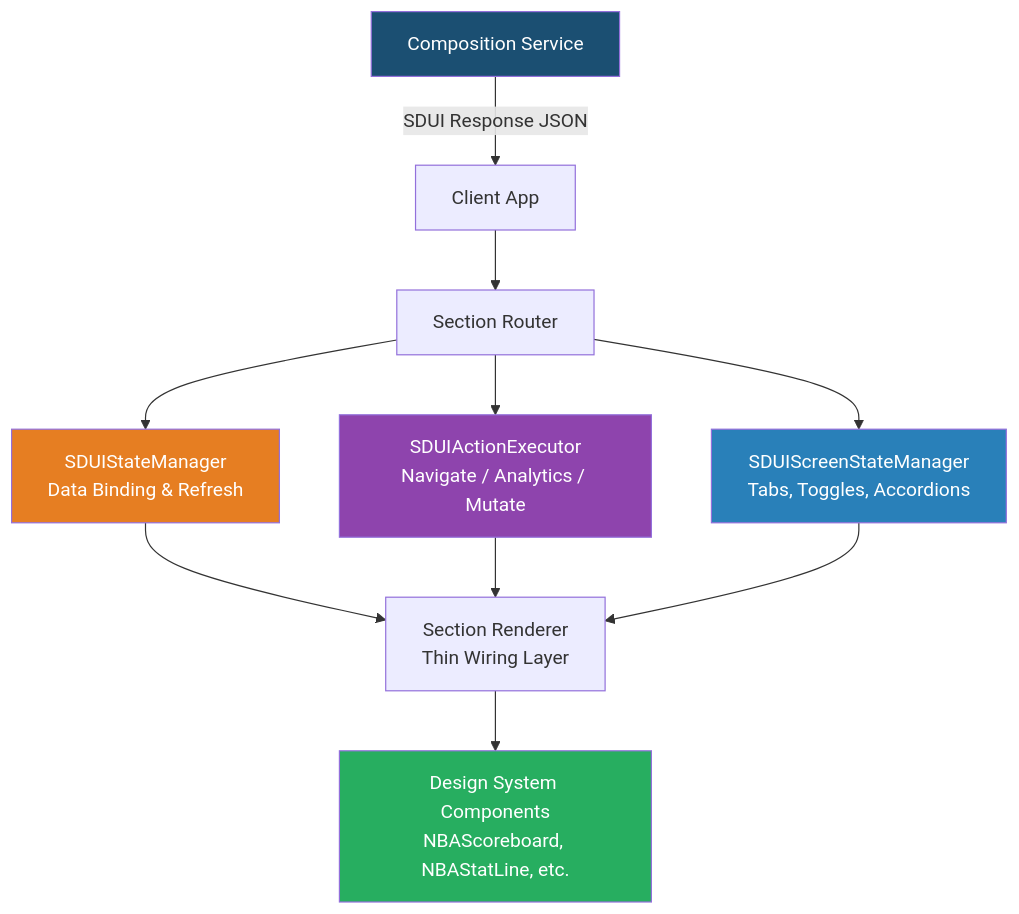
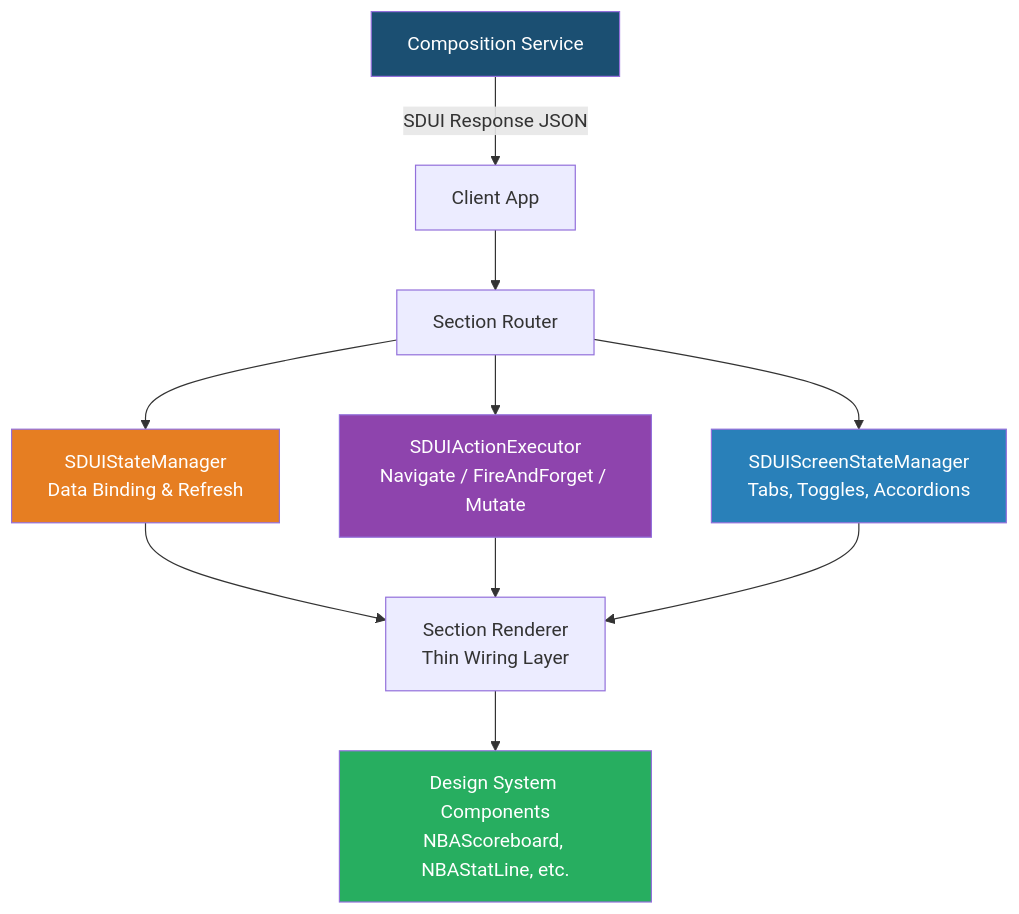
One commit to bakburner/sdui-learn changed the first of 12 diagrams in docs/sdui-requirements-summary.md. Above: the diagram before and after it, drawn with Mermaid. The commit also changed other lines of this file and 26 other files, not shown here.

````diff
--- a/docs/sdui-requirements-summary.md
+++ b/docs/sdui-requirements-summary.md
@@ -106,18 +106,18 @@
 ```mermaid
 graph TD
     A[Composition Service] -->|SDUI Response JSON| B[Client App]
     B --> C[Section Router]
     C --> D[SDUIStateManager<br/>Data Binding & Refresh]
-    C --> E[SDUIActionExecutor<br/>Navigate / Analytics / Mutate]
+    C --> E[SDUIActionExecutor<br/>Navigate / FireAndForget / Mutate]
     C --> F[SDUIScreenStateManager<br/>Tabs, Toggles, Accordions]
     D --> G[Section Renderer<br/>Thin Wiring Layer]
     E --> G
     F --> G
     G --> H[Design System Components<br/>NBAScoreboard, NBAStatLine, etc.]
     
     style A fill:#1B4F72,color:#fff
     style H fill:#27AE60,color:#fff
     style D fill:#E67E22,color:#fff
     style E fill:#8E44AD,color:#fff
     style F fill:#2980B9,color:#fff
 ```
````
